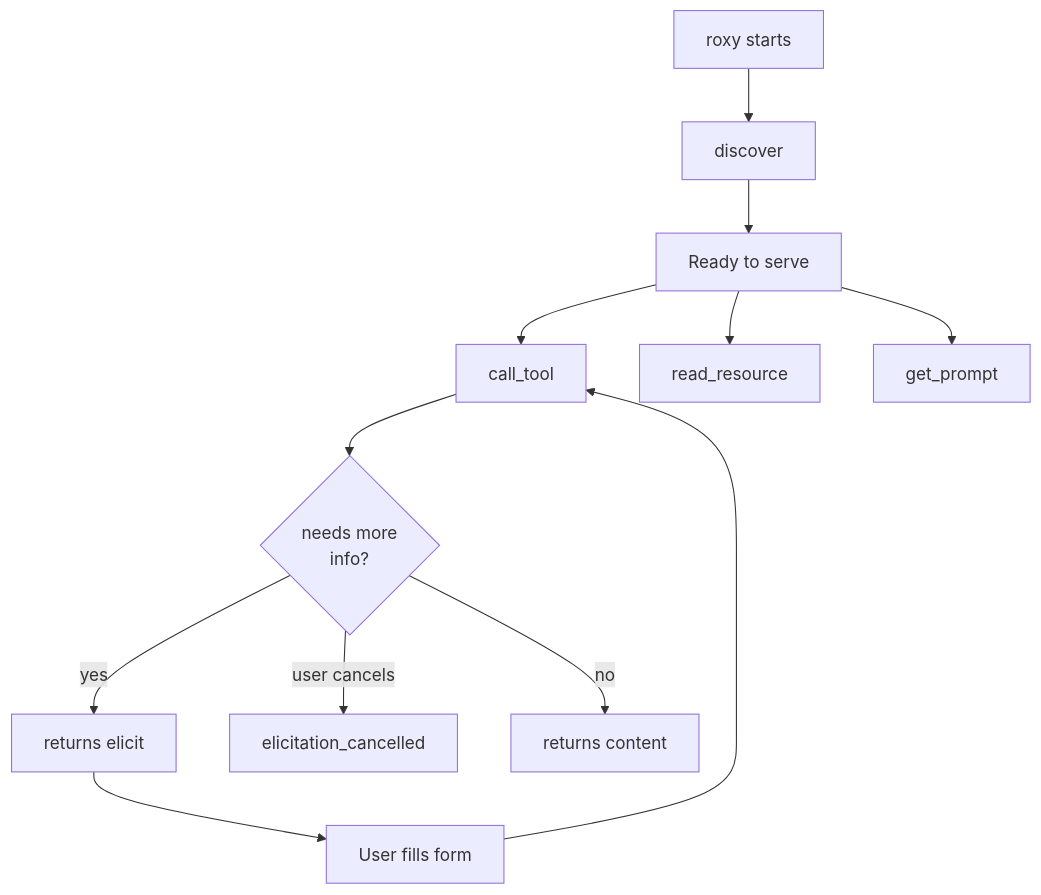
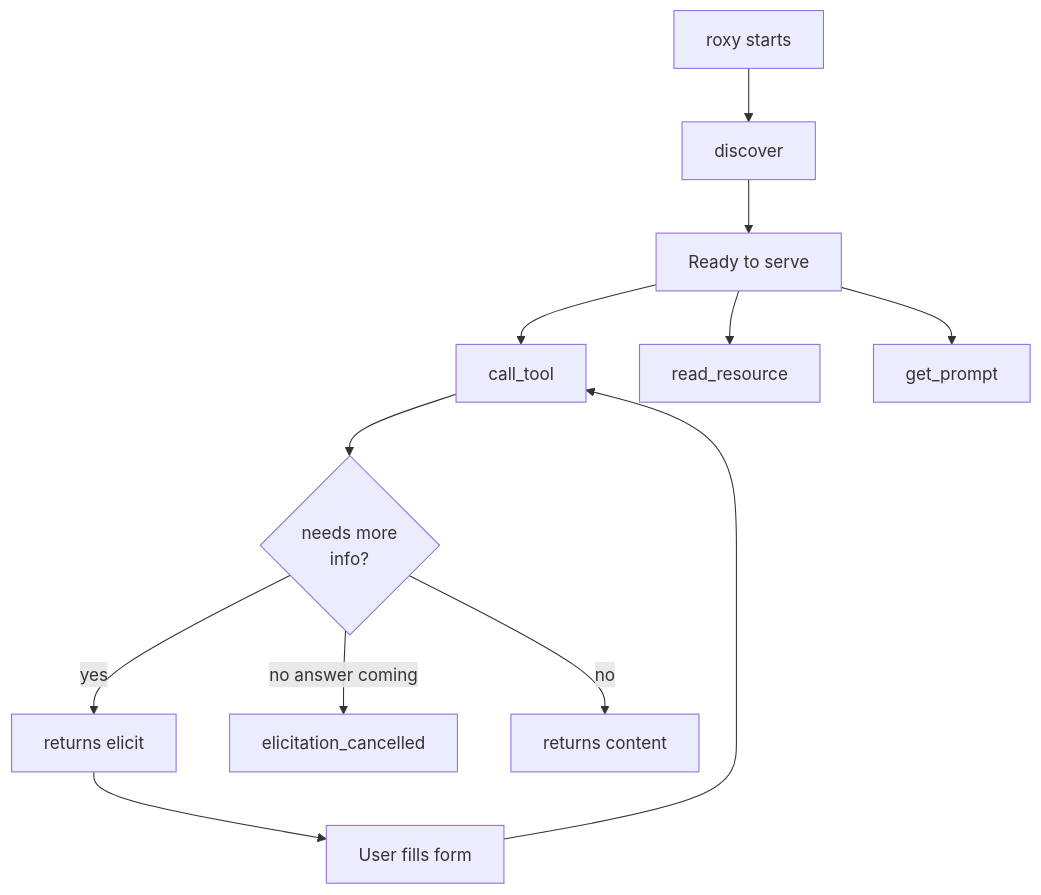
One commit to petstack/roxy changed the first of 2 diagrams in docs/en/backend-api.md. Above: the diagram before and after it, drawn with Mermaid. The commit also changed other lines of this file and 9 other files, not shown here.

````diff
--- a/docs/en/backend-api.md
+++ b/docs/en/backend-api.md
@@ -31,17 +31,17 @@
 ```mermaid
 flowchart TB
     S[roxy starts] --> D[discover]
     D --> READY[Ready to serve]
 
     READY --> CT[call_tool]
     READY --> RR[read_resource]
     READY --> GP[get_prompt]
 
     CT --> EL{needs more<br/>info?}
     EL -->|yes| E[returns elicit]
     E --> U[User fills form]
     U --> CT
 
-    EL -->|user cancels| EC[elicitation_cancelled]
+    EL -->|no answer coming| EC[elicitation_cancelled]
     EL -->|no| OK[returns content]
 ```
````
